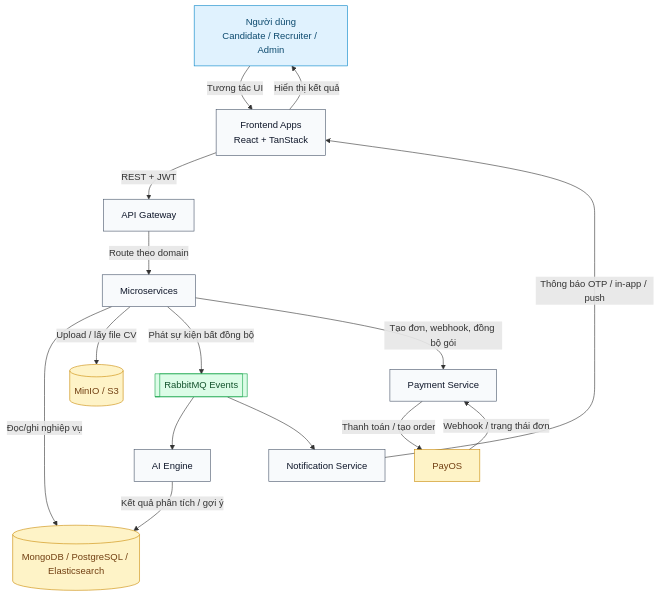
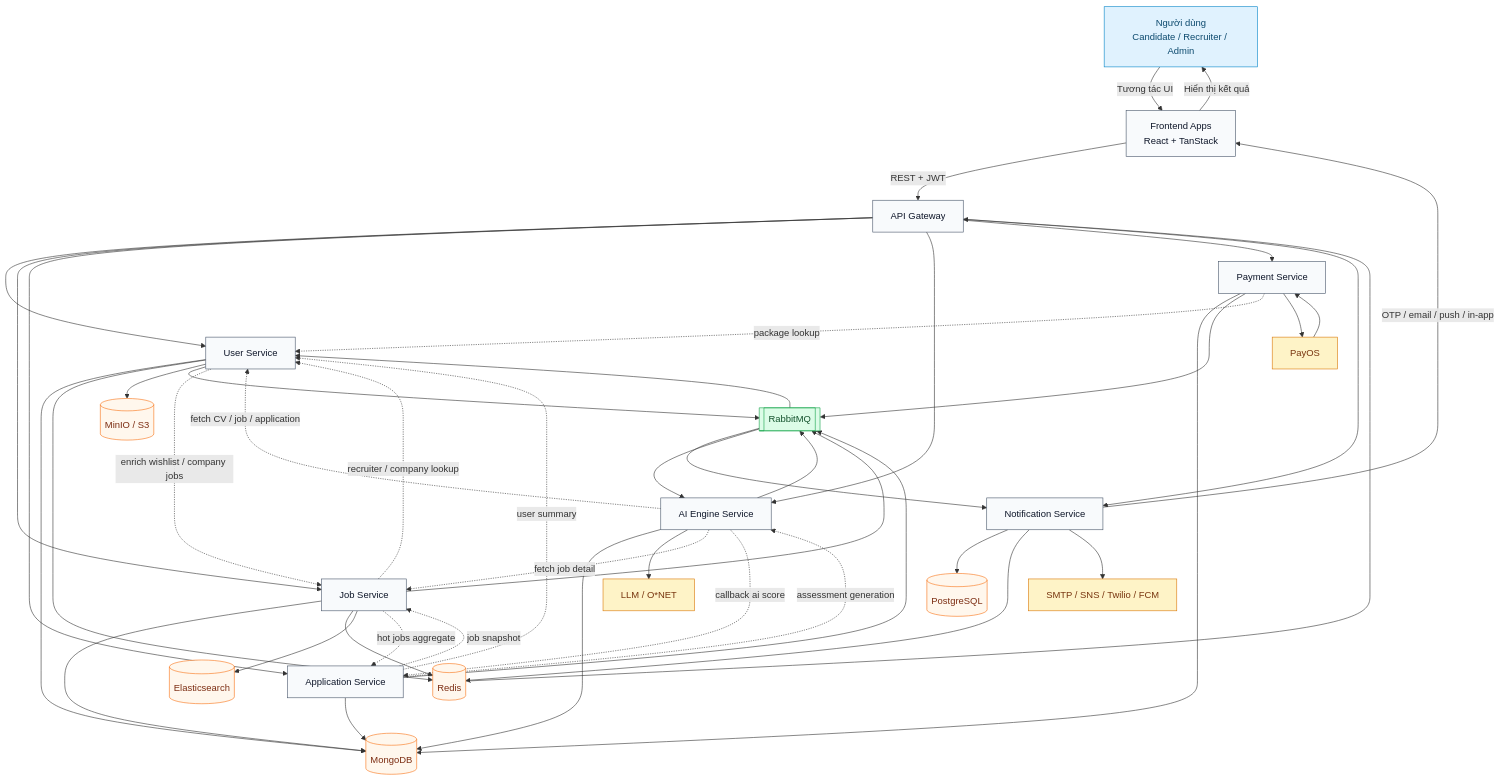
The second of 10 diagrams in docs/VN/system-architecture-mermaid.md (phamlucchuong/smartCv-be), drawn with Mermaid before and after one commit. The commit also changed other lines of this file and 3 other files, not shown here.

Commit message:
docs: update architecture and class diagrams

````diff
--- a/docs/VN/system-architecture-mermaid.md
+++ b/docs/VN/system-architecture-mermaid.md
@@ -80,42 +124,84 @@
 flowchart TB
     classDef actor fill:#E0F2FE,stroke:#0284C7,color:#0C4A6E
     classDef process fill:#F8FAFC,stroke:#475569,color:#0F172A
-    classDef store fill:#FEF3C7,stroke:#CA8A04,color:#713F12
+    classDef store fill:#FFF7ED,stroke:#F97316,color:#7C2D12
     classDef event fill:#DCFCE7,stroke:#16A34A,color:#14532D
+    classDef external fill:#FEF3C7,stroke:#D97706,color:#78350F
 
     U[Người dùng<br/>Candidate / Recruiter / Admin]
     FE[Frontend Apps<br/>React + TanStack]
     GW[API Gateway]
-    SVC[Microservices]
-    DB[(MongoDB / PostgreSQL / Elasticsearch)]
-    OBJ[(MinIO / S3)]
-    MQ[[RabbitMQ Events]]
-    AI[AI Engine]
+    USER[User Service]
+    JOB[Job Service]
+    APP[Application Service]
+    AI[AI Engine Service]
+    PAY[Payment Service]
     NOTI[Notification Service]
-    PAY[Payment Service]
+    MDB[(MongoDB)]
+    PG[(PostgreSQL)]
+    REDIS[(Redis)]
+    ES[(Elasticsearch)]
+    S3[(MinIO / S3)]
+    MQ[[RabbitMQ]]
     PAYOS[PayOS]
+    LLM[LLM / O*NET]
+    PUSH[SMTP / SNS / Twilio / FCM]
 
     U -->|Tương tác UI| FE
     FE -->|REST + JWT| GW
-    GW -->|Route theo domain| SVC
+    GW --> USER
+    GW --> JOB
+    GW --> APP
+    GW --> AI
+    GW --> PAY
+    GW --> NOTI
 
-    SVC -->|Đọc/ghi nghiệp vụ| DB
-    SVC -->|Upload / lấy file CV| OBJ
-    SVC -->|Phát sự kiện bất đồng bộ| MQ
-    SVC -->|Tạo đơn, webhook, đồng bộ gói| PAY
+    USER --> MDB
+    USER --> REDIS
+    USER --> S3
+    USER --> MQ
+    USER -. enrich wishlist / company jobs .-> JOB
 
+    JOB --> MDB
+    JOB --> REDIS
+    JOB --> ES
+    JOB --> MQ
+    JOB -. recruiter / company lookup .-> USER
+    JOB -. hot jobs aggregate .-> APP
+
+    APP --> MDB
+    APP --> MQ
+    APP -. user summary .-> USER
+    APP -. job snapshot .-> JOB
+    APP -. assessment generation .-> AI
+
+    AI --> MDB
+    AI --> MQ
+    AI --> LLM
+    AI -. fetch CV / job / application .-> USER
+    AI -. fetch job detail .-> JOB
+    AI -. callback ai score .-> APP
+
+    PAY --> MDB
+    PAY --> MQ
+    PAY -. package lookup .-> USER
+    PAY --> PAYOS
+    PAYOS --> PAY
+
+    NOTI --> PG
+    NOTI --> REDIS
+    NOTI --> PUSH
+    MQ --> NOTI
     MQ --> AI
-    MQ --> NOTI
+    MQ --> USER
 
-    AI -->|Kết quả phân tích / gợi ý| DB
-    NOTI -->|Thông báo OTP / in-app / push| FE
-    PAY -->|Thanh toán / tạo order| PAYOS
-    PAYOS -->|Webhook / trạng thái đơn| PAY
+    REDIS --> GW
+    NOTI -->|OTP / email / push / in-app| FE
     FE -->|Hiển thị kết quả| U
 
     class U actor
-    class FE,GW,SVC,AI,NOTI,PAY process
-    class DB,OBJ store
+    class FE,GW,USER,JOB,APP,AI,PAY,NOTI process
+    class MDB,PG,REDIS,ES,S3 store
     class MQ event
-    class PAYOS store
+    class PAYOS,LLM,PUSH external
 ```
````
